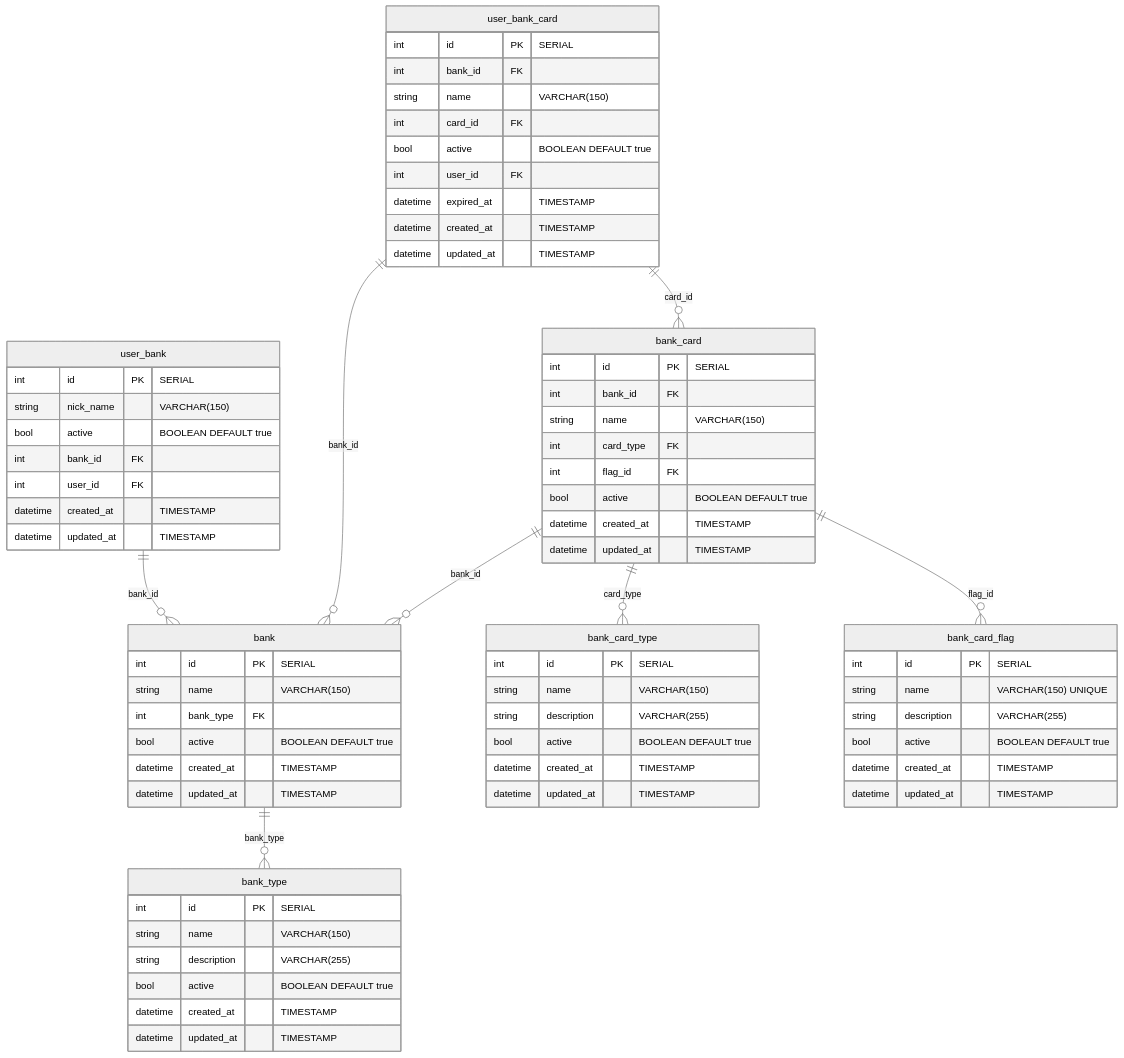
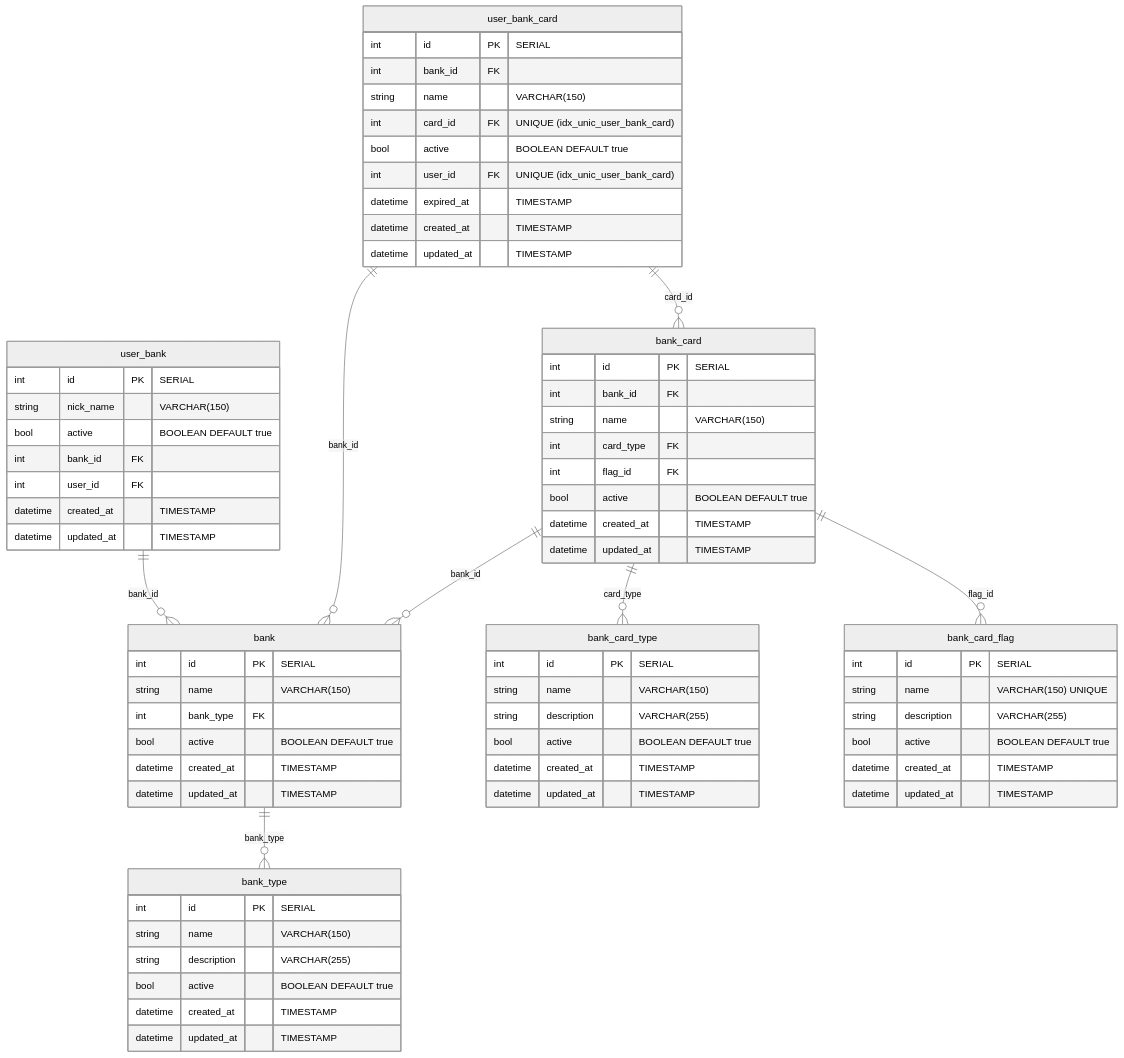
Before and after one commit to pedrovtof/Nievo-easy-fin: the third of 4 diagrams in docs/config/docs/content/ArquiteturaSistema/banco_de_dados.md, drawn with Mermaid (neutral theme). The commit also changed other lines of this file and 10 other files, not shown here.

First line of the commit message:
fix(backend): validate duplicate user bank card on creation (#62)

````diff
--- a/docs/config/docs/content/ArquiteturaSistema/banco_de_dados.md
+++ b/docs/config/docs/content/ArquiteturaSistema/banco_de_dados.md
@@ -104,79 +104,79 @@
 ```mermaid
 erDiagram
     bank ||--o{ bank_type : "bank_type"
     user_bank ||--o{ bank : "bank_id"
     bank_card ||--o{ bank : "bank_id"
     bank_card ||--o{ bank_card_type : "card_type"
     bank_card ||--o{ bank_card_flag : "flag_id"
     user_bank_card ||--o{ bank : "bank_id"
     user_bank_card ||--o{ bank_card : "card_id"
 
     bank {
         int id PK "SERIAL"
         string name "VARCHAR(150)"
         int bank_type FK
         bool active "BOOLEAN DEFAULT true"
         datetime created_at "TIMESTAMP"
         datetime updated_at "TIMESTAMP"
     }
 
     bank_type {
         int id PK "SERIAL"
         string name "VARCHAR(150)"
         string description "VARCHAR(255)"
         bool active "BOOLEAN DEFAULT true"
         datetime created_at "TIMESTAMP"
         datetime updated_at "TIMESTAMP"
     }
 
     user_bank {
         int id PK "SERIAL"
         string nick_name "VARCHAR(150)"
         bool active "BOOLEAN DEFAULT true"
         int bank_id FK
         int user_id FK
         datetime created_at "TIMESTAMP"
         datetime updated_at "TIMESTAMP"
     }
 
     bank_card {
         int id PK "SERIAL"
         int bank_id FK
         string name "VARCHAR(150)"
         int card_type FK
         int flag_id FK
         bool active "BOOLEAN DEFAULT true"
         datetime created_at "TIMESTAMP"
         datetime updated_at "TIMESTAMP"
     }
 
     bank_card_type {
         int id PK "SERIAL"
         string name "VARCHAR(150)"
         string description "VARCHAR(255)"
         bool active "BOOLEAN DEFAULT true"
         datetime created_at "TIMESTAMP"
         datetime updated_at "TIMESTAMP"
     }
 
     bank_card_flag {
         int id PK "SERIAL"
         string name "VARCHAR(150) UNIQUE"
         string description "VARCHAR(255)"
         bool active "BOOLEAN DEFAULT true"
         datetime created_at "TIMESTAMP"
         datetime updated_at "TIMESTAMP"
     }
 
     user_bank_card {
         int id PK "SERIAL"
         int bank_id FK
         string name "VARCHAR(150)"
-        int card_id FK
+        int card_id FK "UNIQUE (idx_unic_user_bank_card)"
         bool active "BOOLEAN DEFAULT true"
-        int user_id FK
+        int user_id FK "UNIQUE (idx_unic_user_bank_card)"
         datetime expired_at "TIMESTAMP"
         datetime created_at "TIMESTAMP"
         datetime updated_at "TIMESTAMP"
     }
 ```
````
